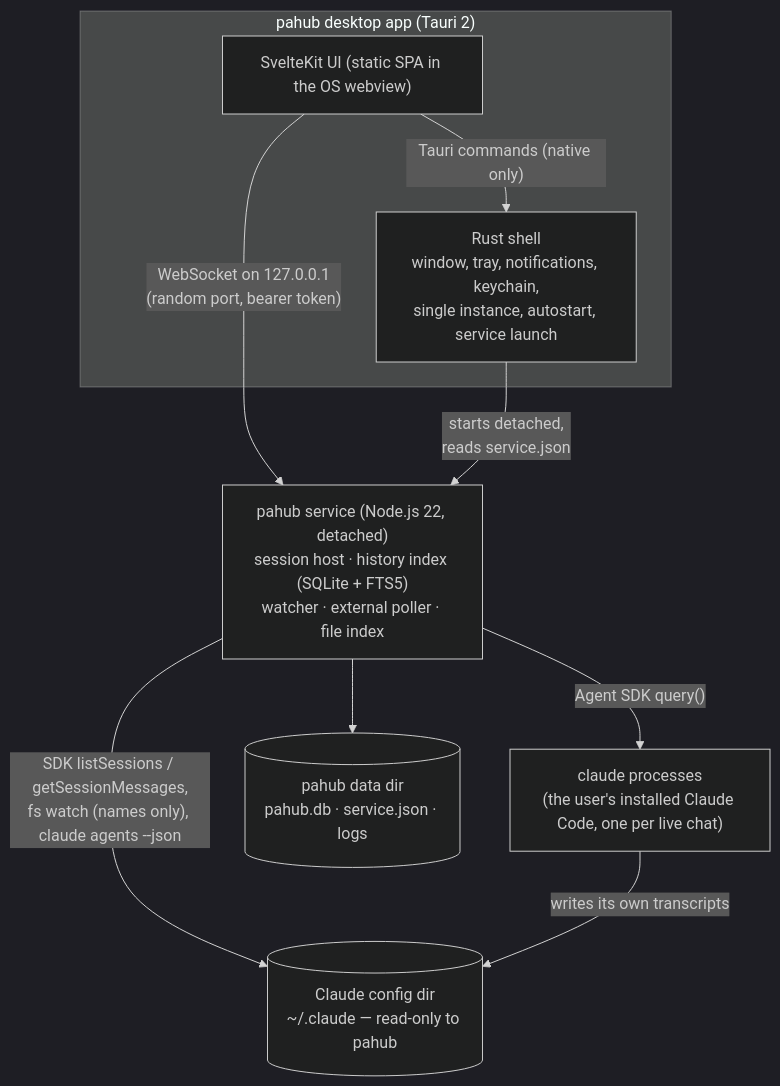
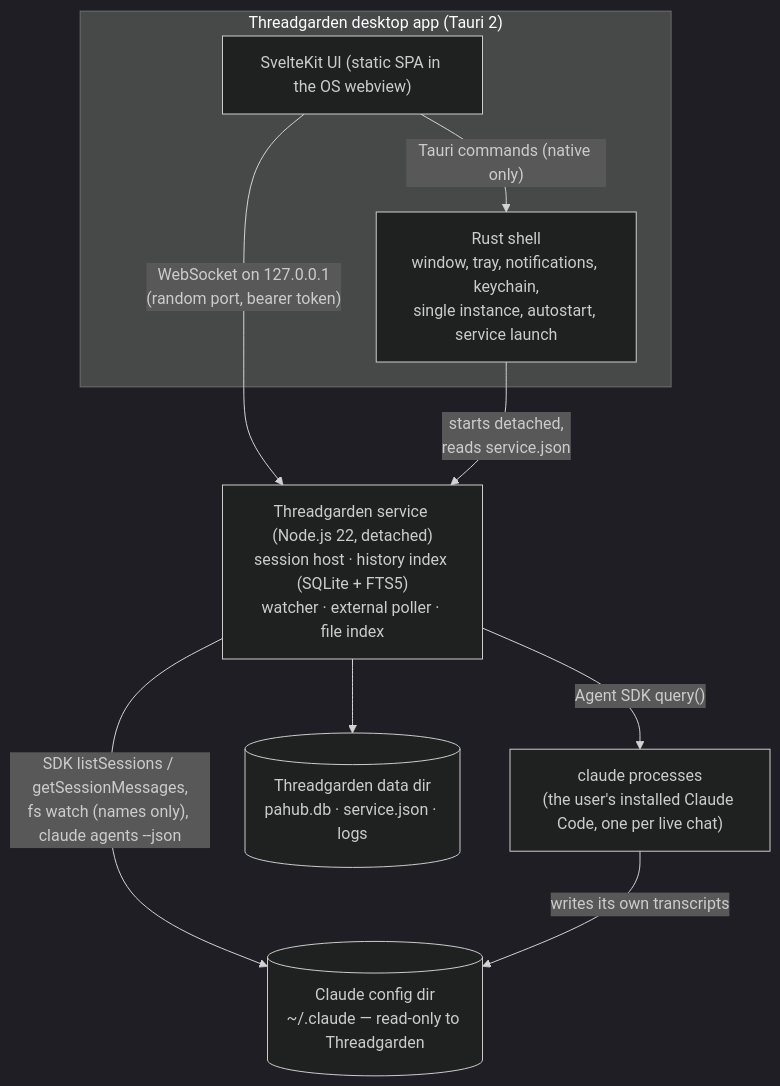
Before and after one commit to JiriPlasek/ThreadGarden: the diagram in docs/architecture.md, drawn with Mermaid (dark theme). The commit also changed other lines of this file and 121 other files, not shown here.

````diff
--- a/docs/architecture.md
+++ b/docs/architecture.md
@@ -13,19 +13,19 @@
 ```mermaid
 flowchart TB
-  subgraph app["pahub desktop app (Tauri 2)"]
+  subgraph app["Threadgarden desktop app (Tauri 2)"]
     shell["Rust shell<br/>window, tray, notifications, keychain,<br/>single instance, autostart, service launch"]
     ui["SvelteKit UI (static SPA in the OS webview)"]
   end
-  service["pahub service (Node.js 22, detached)<br/>session host · history index (SQLite + FTS5)<br/>watcher · external poller · file index"]
+  service["Threadgarden service (Node.js 22, detached)<br/>session host · history index (SQLite + FTS5)<br/>watcher · external poller · file index"]
   claude["claude processes<br/>(the user's installed Claude Code, one per live chat)"]
-  config[("Claude config dir<br/>~/.claude — read-only to pahub")]
-  data[("pahub data dir<br/>pahub.db · service.json · logs")]
+  config[("Claude config dir<br/>~/.claude — read-only to Threadgarden")]
+  data[("Threadgarden data dir<br/>pahub.db · service.json · logs")]
 
   ui -- "WebSocket on 127.0.0.1<br/>(random port, bearer token)" --> service
   shell -- "starts detached,<br/>reads service.json" --> service
   ui -- "Tauri commands (native only)" --> shell
   service -- "Agent SDK query()" --> claude
   service -- "SDK listSessions / getSessionMessages,<br/>fs watch (names only), claude agents --json" --> config
   claude -- "writes its own transcripts" --> config
   service --> data
 ```
````
